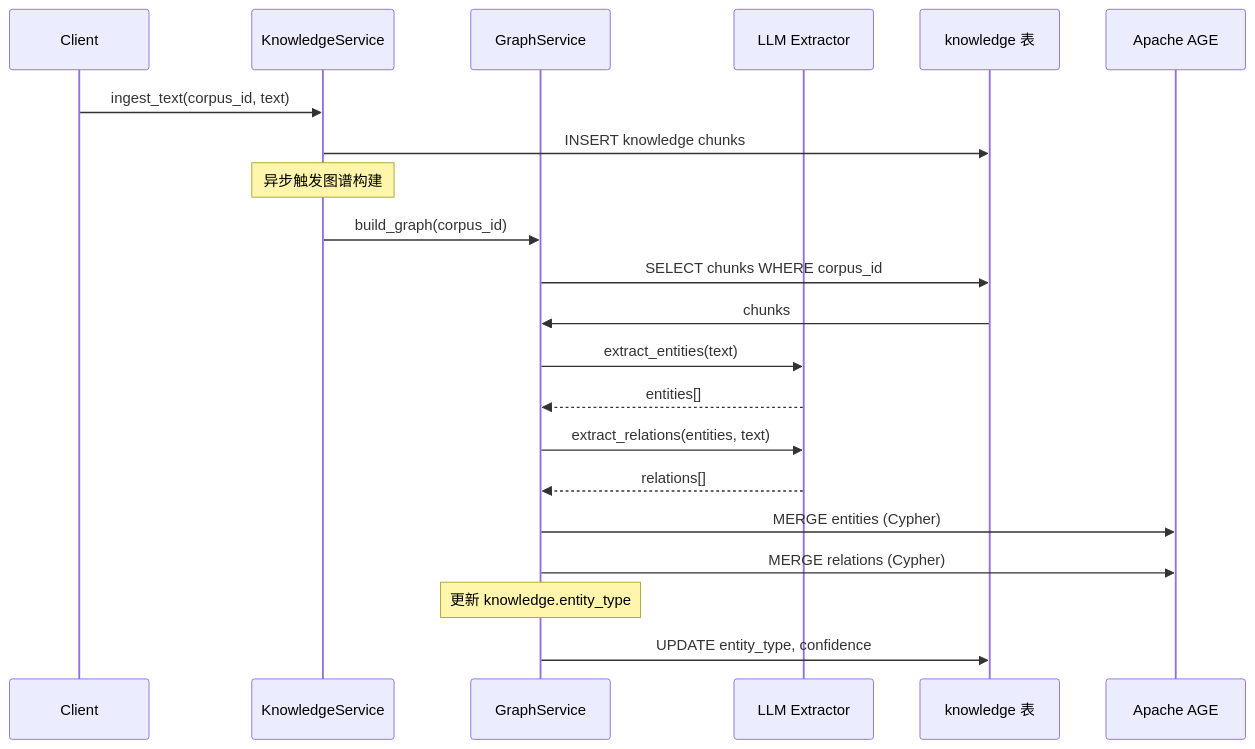
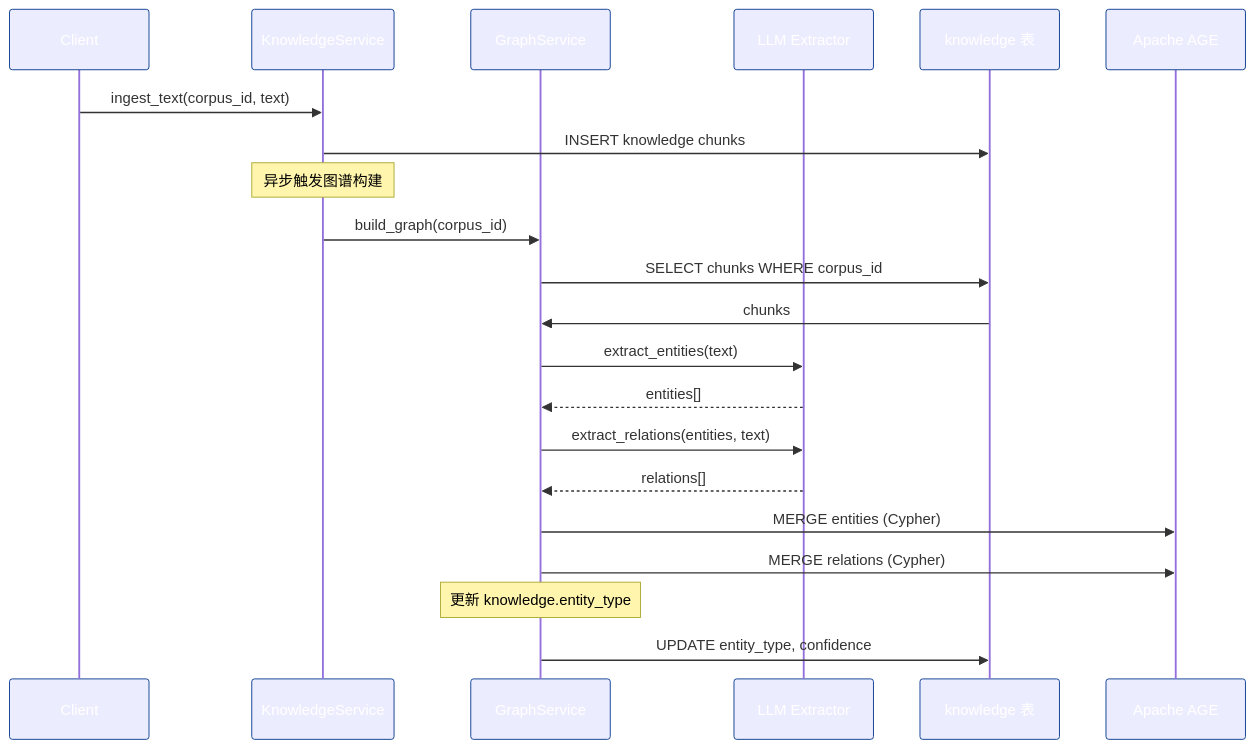
Before and after one commit to ThreeFish-AI/negentropy: the third of 10 diagrams in docs/knowledge-graph.md, drawn with Mermaid. The commit also changed other lines of this file, not shown here.

First line of the commit message:
docs(knowledge-graph): 完全重写知识图谱架构设计与工程实施方案文档

````diff
--- a/docs/knowledge-graph.md
+++ b/docs/knowledge-graph.md
@@ -166,30 +398,31 @@
 ```mermaid
+%%{init: {"themeVariables": {"primaryColor": "#0b3d91", "primaryTextColor": "#ffffff", "actorBorder": "#0b3d91", "actorTextColor": "#ffffff"}}}%%
 sequenceDiagram
     participant Client
     participant KnowledgeService
     participant GraphService
     participant LLM as LLM Extractor
     participant Knowledge as knowledge 表
     participant AGE as Apache AGE
 
     Client->>KnowledgeService: ingest_text(corpus_id, text)
     KnowledgeService->>Knowledge: INSERT knowledge chunks
 
     Note over KnowledgeService: 异步触发图谱构建
 
     KnowledgeService->>GraphService: build_graph(corpus_id)
     GraphService->>Knowledge: SELECT chunks WHERE corpus_id
     Knowledge->>GraphService: chunks
 
     GraphService->>LLM: extract_entities(text)
     LLM-->>GraphService: entities[]
 
     GraphService->>LLM: extract_relations(entities, text)
     LLM-->>GraphService: relations[]
 
     GraphService->>AGE: MERGE entities (Cypher)
     GraphService->>AGE: MERGE relations (Cypher)
 
     Note over GraphService: 更新 knowledge.entity_type
     GraphService->>Knowledge: UPDATE entity_type, confidence
 ```
````
